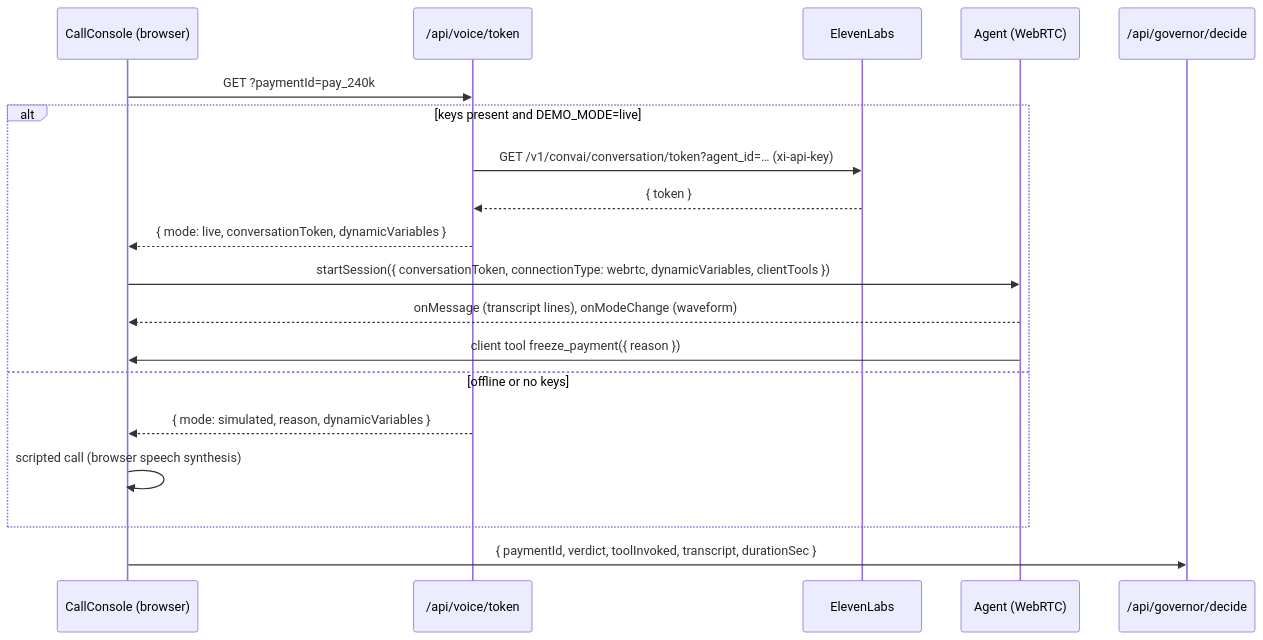
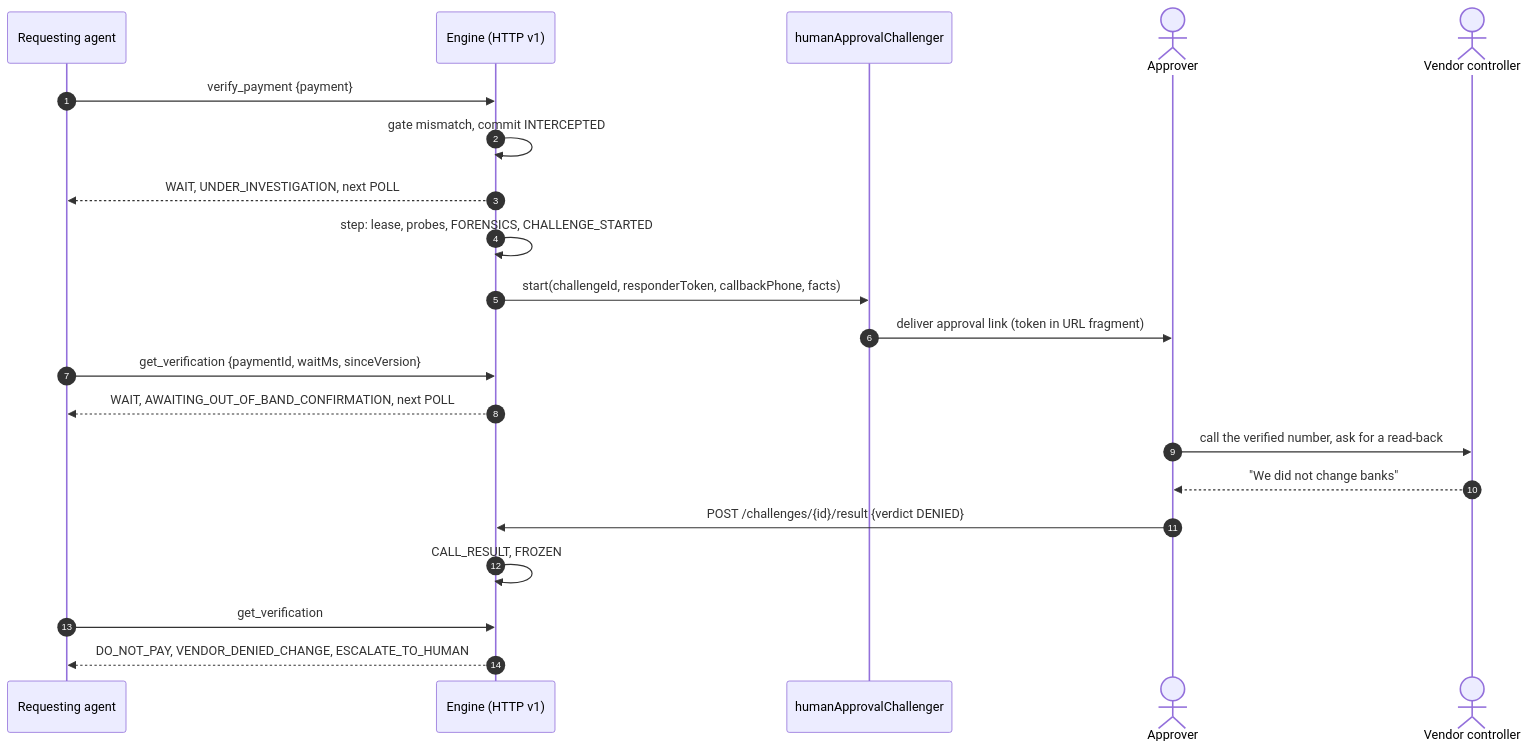
The third of 4 diagrams in docs/ARCHITECTURE.md (roshaninfordham/sentinelpay), drawn with Mermaid before and after one commit. The commit also changed other lines of this file and 70 other files, not shown here.

````diff
--- a/docs/ARCHITECTURE.md
+++ b/docs/ARCHITECTURE.md
@@ -134,22 +164,24 @@
 ```mermaid
 sequenceDiagram
-    participant UI as CallConsole (browser)
-    participant API as /api/voice/token
-    participant EL as ElevenLabs
-    participant Agent as Agent (WebRTC)
-    participant Gov as /api/governor/decide
+    autonumber
+    participant A as Requesting agent
+    participant E as Engine (HTTP v1)
+    participant C as humanApprovalChallenger
+    actor R as Approver
+    actor V as Vendor controller
 
-    UI->>API: GET ?paymentId=pay_240k
-    alt keys present and DEMO_MODE=live
-        API->>EL: GET /v1/convai/conversation/token?agent_id=…  (xi-api-key)
-        EL-->>API: { token }
-        API-->>UI: { mode: live, conversationToken, dynamicVariables }
-        UI->>Agent: startSession({ conversationToken, connectionType: webrtc, dynamicVariables, clientTools })
-        Agent-->>UI: onMessage (transcript lines), onModeChange (waveform)
-        Agent->>UI: client tool freeze_payment({ reason })
-    else offline or no keys
-        API-->>UI: { mode: simulated, reason, dynamicVariables }
-        UI->>UI: scripted call (browser speech synthesis)
-    end
-    UI->>Gov: { paymentId, verdict, toolInvoked, transcript, durationSec }
+    A->>E: verify_payment {payment}
+    E->>E: gate mismatch, commit INTERCEPTED
+    E-->>A: WAIT, UNDER_INVESTIGATION, next POLL
+    E->>E: step: lease, probes, FORENSICS, CHALLENGE_STARTED
+    E->>C: start(challengeId, responderToken, callbackPhone, facts)
+    C->>R: deliver approval link (token in URL fragment)
+    A->>E: get_verification {paymentId, waitMs, sinceVersion}
+    E-->>A: WAIT, AWAITING_OUT_OF_BAND_CONFIRMATION, next POLL
+    R->>V: call the verified number, ask for a read-back
+    V-->>R: "We did not change banks"
+    R->>E: POST /challenges/{id}/result {verdict DENIED}
+    E->>E: CALL_RESULT, FROZEN
+    A->>E: get_verification
+    E-->>A: DO_NOT_PAY, VENDOR_DENIED_CHANGE, ESCALATE_TO_HUMAN
 ```
````
